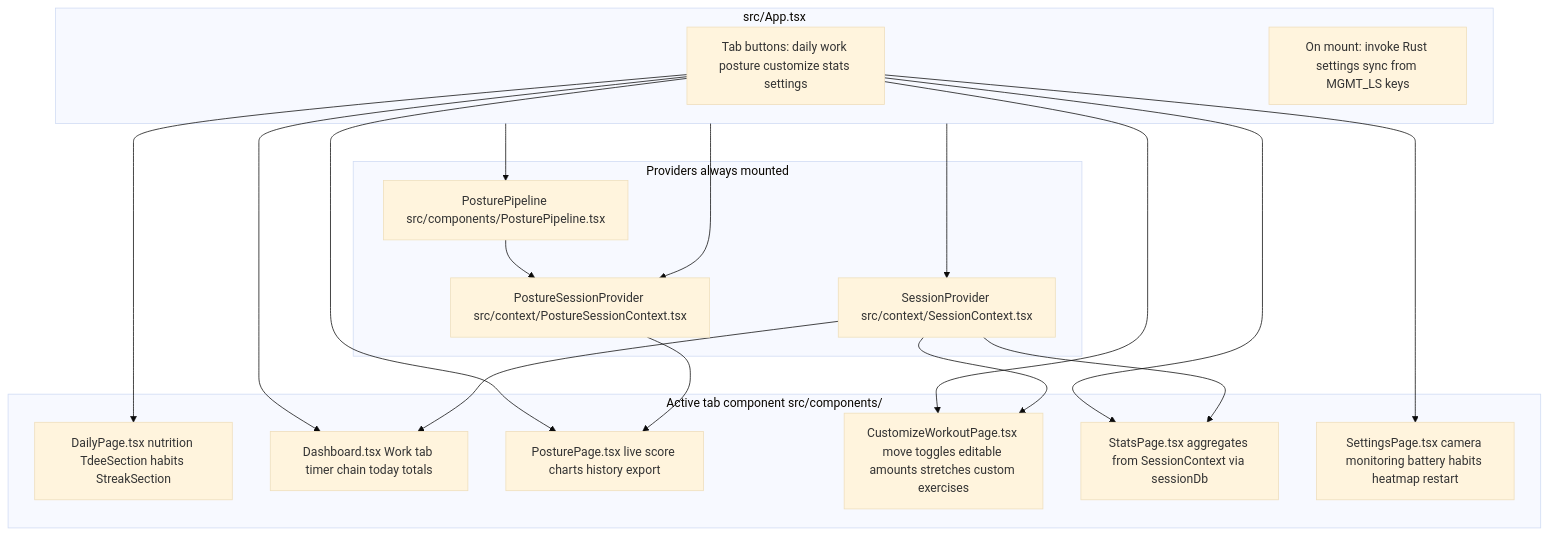
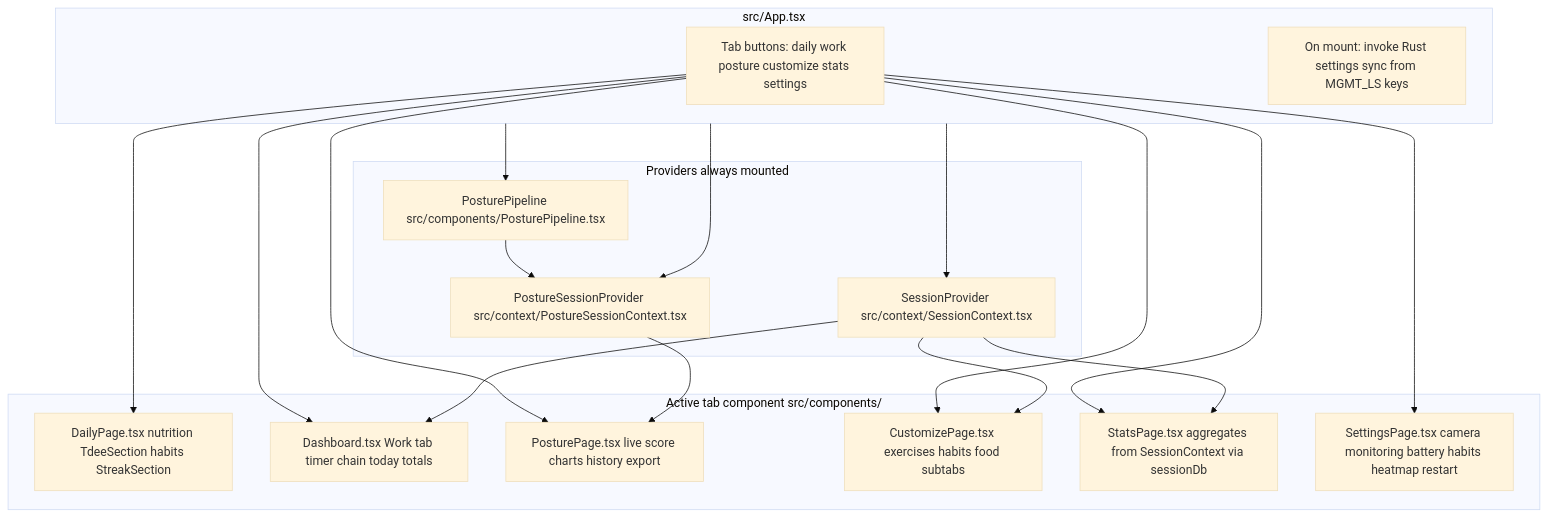
One commit to jdserenity/management changed the first of 3 diagrams in docs/ARCHITECTURE.md. Above: the diagram before and after it, drawn with Mermaid (base theme). The commit also changed other lines of this file and 7 other files, not shown here.

First line of the commit message:
Replace Customize workouts with a Customize tab and three subtabs.

````diff
--- a/docs/ARCHITECTURE.md
+++ b/docs/ARCHITECTURE.md
@@ -62,34 +63,34 @@
 ```mermaid
 flowchart TB
   subgraph app["src/App.tsx"]
     nav["Tab buttons: daily work posture customize stats settings"]
     boot["On mount: invoke Rust settings sync from MGMT_LS keys"]
   end
   subgraph providers["Providers always mounted"]
     SP["SessionProvider src/context/SessionContext.tsx"]
     PSP["PostureSessionProvider src/context/PostureSessionContext.tsx"]
     PL["PosturePipeline src/components/PosturePipeline.tsx"]
   end
   subgraph tabs["Active tab component src/components/"]
     Daily["DailyPage.tsx nutrition TdeeSection habits StreakSection"]
     D["Dashboard.tsx Work tab timer chain today totals"]
     PPg["PosturePage.tsx live score charts history export"]
-    CW["CustomizeWorkoutPage.tsx move toggles editable amounts stretches custom exercises"]
+    CW["CustomizePage.tsx exercises habits food subtabs"]
     ST["StatsPage.tsx aggregates from SessionContext via sessionDb"]
     SE["SettingsPage.tsx camera monitoring battery habits heatmap restart"]
   end
   nav --> Daily
   nav --> D
   nav --> PPg
   nav --> CW
   nav --> ST
   nav --> SE
   app --> SP
   app --> PSP
   app --> PL
   SP --> D
   SP --> CW
   SP --> ST
   PSP --> PPg
   PL --> PSP
 ```
````
